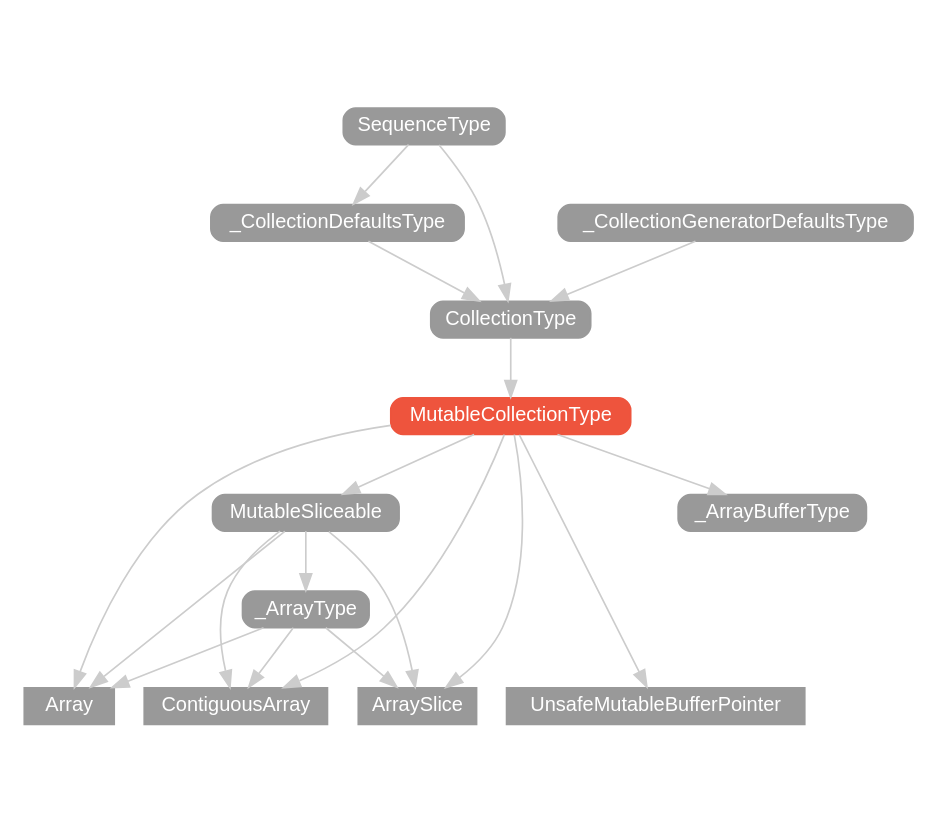
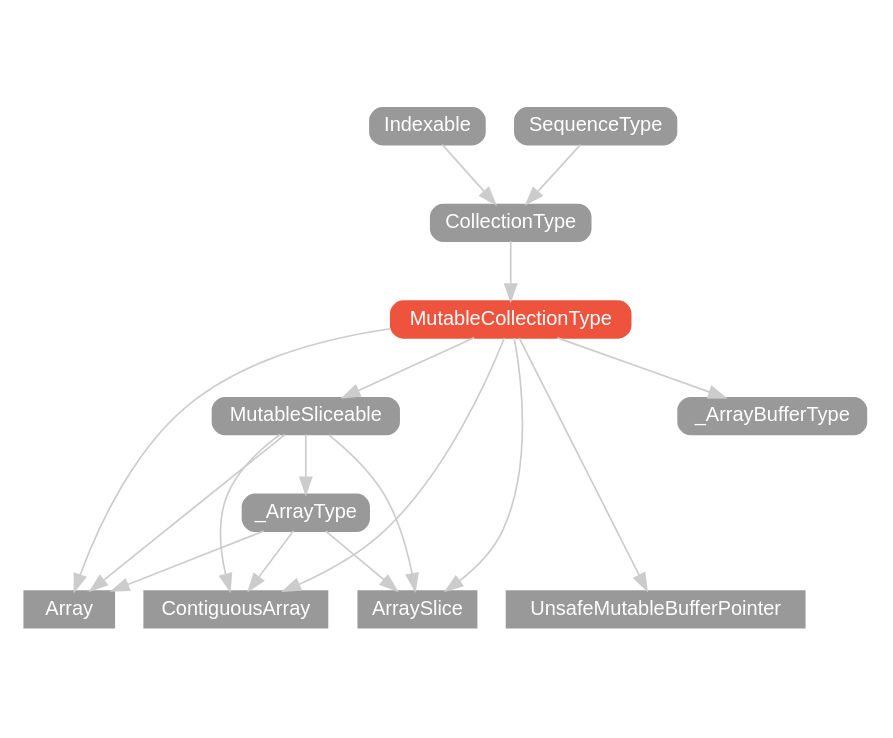
Before and after one commit to SwiftDoc/SwiftDoc.github.io: the diagram in swift-2/protocol/MutableCollectionType/hierarchy/index.dot, drawn with Graphviz. The commit also changed 1118 other files, not shown here.

```diff
--- a/swift-2/protocol/MutableCollectionType/hierarchy/index.dot
+++ b/swift-2/protocol/MutableCollectionType/hierarchy/index.dot
@@ -1,37 +1,34 @@
 strict digraph "MutableCollectionType - Type Hierarchy - SwiftDoc.org" {
     pad="0.1,0.8"
     node [shape=box, style="filled,rounded", color="#999999", fillcolor="#999999", fontcolor=white, fontname=Helvetica, fontnames="Helvetica,sansserif", fontsize=12, margin="0.07,0.05", height="0.3"]
     edge [color="#cccccc"]
     "Array" [URL="/type/Array/", style=filled]
     "ArraySlice" [URL="/type/ArraySlice/", style=filled]
     "CollectionType" [URL="/protocol/CollectionType/"]
     "ContiguousArray" [URL="/type/ContiguousArray/", style=filled]
+    "Indexable" [URL="/protocol/Indexable/"]
     "MutableCollectionType" [URL="/protocol/MutableCollectionType/", style="filled,rounded", fillcolor="#ee543d", color="#ee543d"]
     "MutableSliceable" [URL="/protocol/MutableSliceable/"]
     "SequenceType" [URL="/protocol/SequenceType/"]
     "UnsafeMutableBufferPointer" [URL="/type/UnsafeMutableBufferPointer/", style=filled]
     "_ArrayBufferType" [URL="/protocol/_ArrayBufferType/"]
-    "_ArrayType" [URL="/protocol/_ArrayType/"]
-    "_CollectionDefaultsType" [URL="/protocol/_CollectionDefaultsType/"]
-    "_CollectionGeneratorDefaultsType" [URL="/protocol/_CollectionGeneratorDefaultsType/"]    "MutableCollectionType" -> "Array"
+    "_ArrayType" [URL="/protocol/_ArrayType/"]    "MutableCollectionType" -> "Array"
     "MutableCollectionType" -> "ArraySlice"
     "MutableCollectionType" -> "ContiguousArray"
     "MutableCollectionType" -> "MutableSliceable"
     "MutableCollectionType" -> "UnsafeMutableBufferPointer"
     "MutableCollectionType" -> "_ArrayBufferType"
     "MutableSliceable" -> "Array"
     "MutableSliceable" -> "ArraySlice"
     "MutableSliceable" -> "ContiguousArray"
     "MutableSliceable" -> "_ArrayType"
     "_ArrayType" -> "Array"
     "_ArrayType" -> "ArraySlice"
     "_ArrayType" -> "ContiguousArray"
     "CollectionType" -> "MutableCollectionType"
+    "Indexable" -> "CollectionType"
     "SequenceType" -> "CollectionType"
-    "_CollectionDefaultsType" -> "CollectionType"
-    "_CollectionGeneratorDefaultsType" -> "CollectionType"
-    "SequenceType" -> "_CollectionDefaultsType"
     subgraph Types {
         rank = max; "Array"; "ArraySlice"; "ContiguousArray"; "UnsafeMutableBufferPointer";
     }
 }
```
